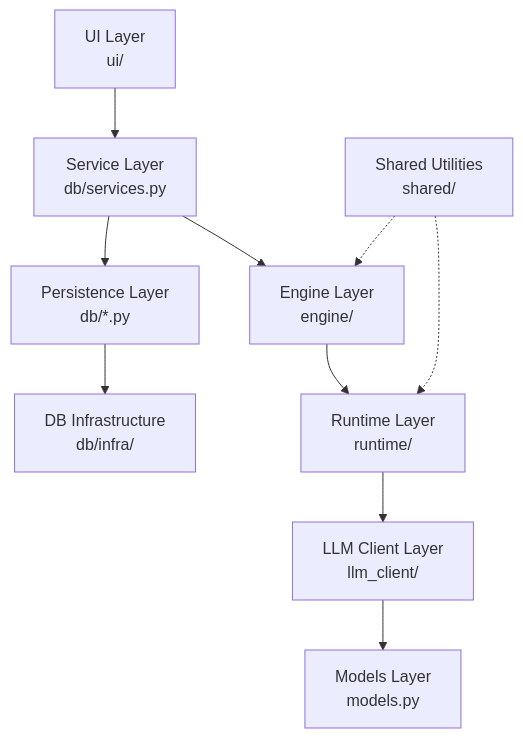
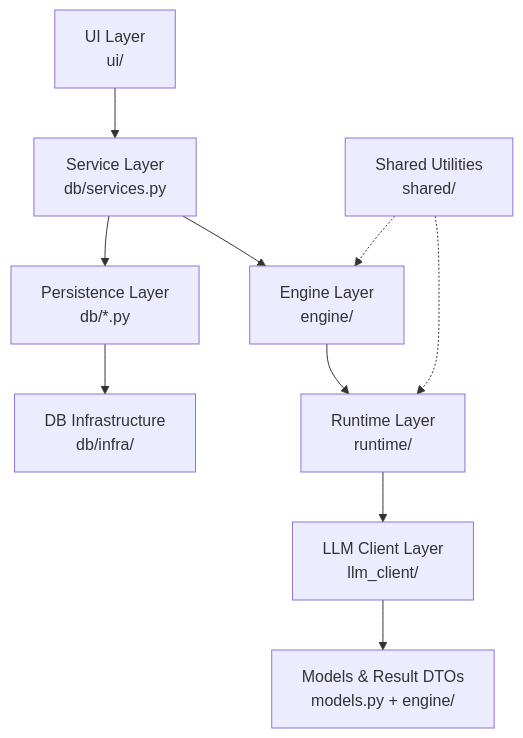
Before and after one commit to paul-wosch/Multi-Agent-Dashboard: the first of 8 diagrams in docs/ARCHITECTURE.md, drawn with Mermaid. The commit also changed other lines of this file, not shown here.

Commit message:
docs(architecture): refine models layer label
- Renamed "Models Layer" to "Models & Result DTOs"
  in architecture diagrams to include both
  models.py and engine result types
- Updated diagram labels to reference models.py
  plus engine/ to eliminate ambiguity around
  logical data transfer object boundaries

````diff
--- a/docs/ARCHITECTURE.md
+++ b/docs/ARCHITECTURE.md
@@ -339,22 +339,22 @@
 ```mermaid
 graph TD
     UI["UI Layer<br/>ui/"]
     Service["Service Layer<br/>db/services.py"]
     Persistence["Persistence Layer<br/>db/*.py"]
     DBInfra["DB Infrastructure<br/>db/infra/"]
     Engine["Engine Layer<br/>engine/"]
     Runtime["Runtime Layer<br/>runtime/"]
     LLMClient["LLM Client Layer<br/>llm_client/"]
-    Models["Models Layer<br/>models.py"]
+    Models["Models & Result DTOs<br/>models.py + engine/"]
     Shared["Shared Utilities<br/>shared/"]
     
     UI --> Service
     Service --> Persistence
     Persistence --> DBInfra
     Service --> Engine
     Engine --> Runtime
     Runtime --> LLMClient
     LLMClient --> Models
     Shared -.-> Engine
     Shared -.-> Runtime
 ```
````
